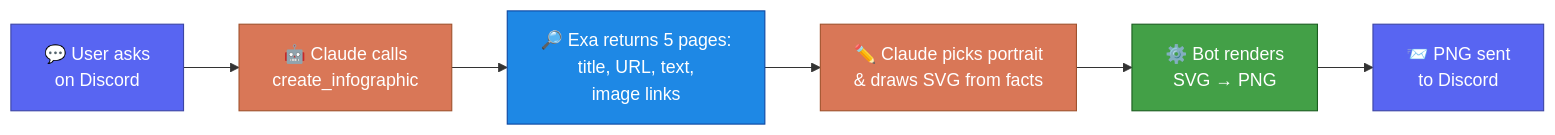
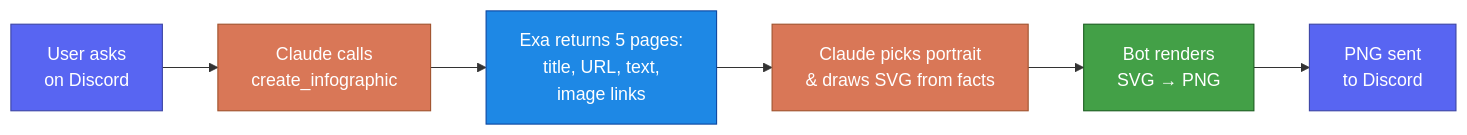
Before and after one commit to Nahida4479/NevAI-Bot: the diagram in README.md, drawn with Mermaid. The commit also changed other lines of this file, not shown here.

Commit message:
Update how inforgraphic generation works

````diff
--- a/README.md
+++ b/README.md
@@ -95,18 +94,18 @@
 ```mermaid
 flowchart LR
-    A["💬 User asks<br/>on Discord"] --> B["🤖 Claude calls<br/>create_infographic"]
-    B --> C["🔎 Exa returns 5 pages:<br/>title, URL, text,<br/>image links"]
-    C --> D["✏️ Claude picks portrait<br/>& draws SVG from facts"]
-    D --> E["⚙️ Bot renders<br/>SVG → PNG"]
-    E --> F["📨 PNG sent<br/>to Discord"]
+    A["User asks<br/>on Discord"] --> B["Claude calls<br/>create_infographic"]
+    B --> C["Exa returns 5 pages:<br/>title, URL, text,<br/>image links"]
+    C --> D["Claude picks portrait<br/>& draws SVG from facts"]
+    D --> E["Bot renders<br/>SVG → PNG"]
+    E --> F["PNG sent<br/>to Discord"]
 
     classDef discord fill:#5865F2,stroke:#3C45A5,color:#FFFFFF
     classDef claude fill:#D97757,stroke:#A0522D,color:#FFFFFF
     classDef exa fill:#1E88E5,stroke:#0D47A1,color:#FFFFFF
     classDef bot fill:#43A047,stroke:#1B5E20,color:#FFFFFF
 
     class A,F discord
     class B,D claude
     class C exa
     class E bot
 ```
````
